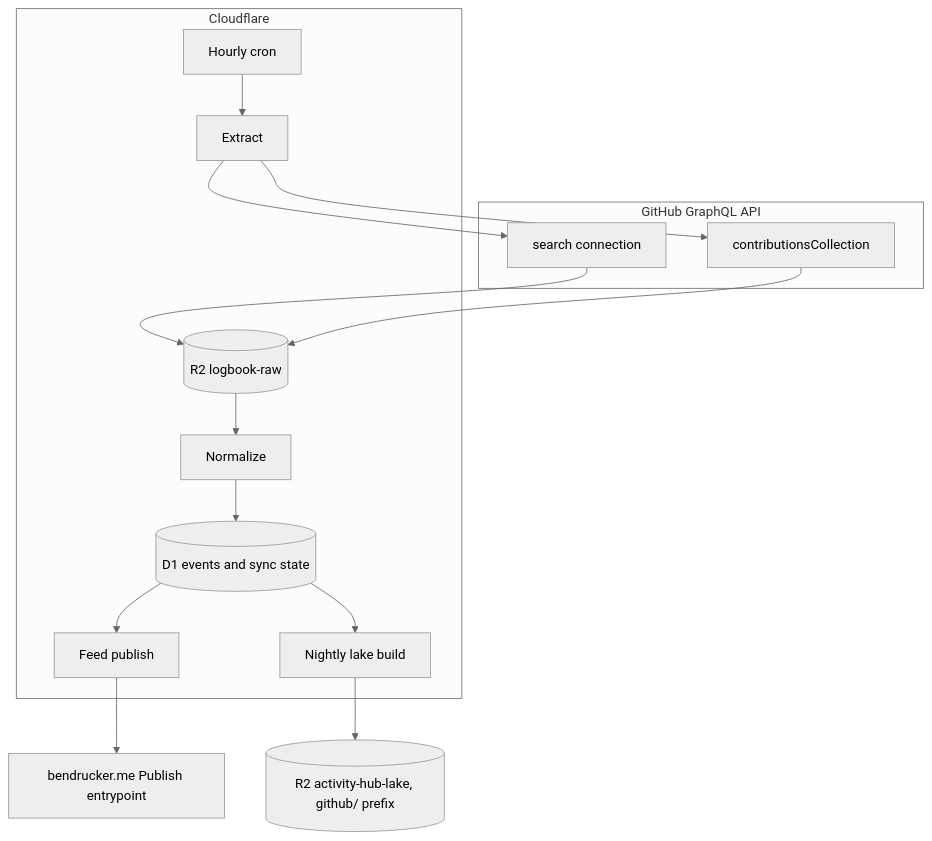
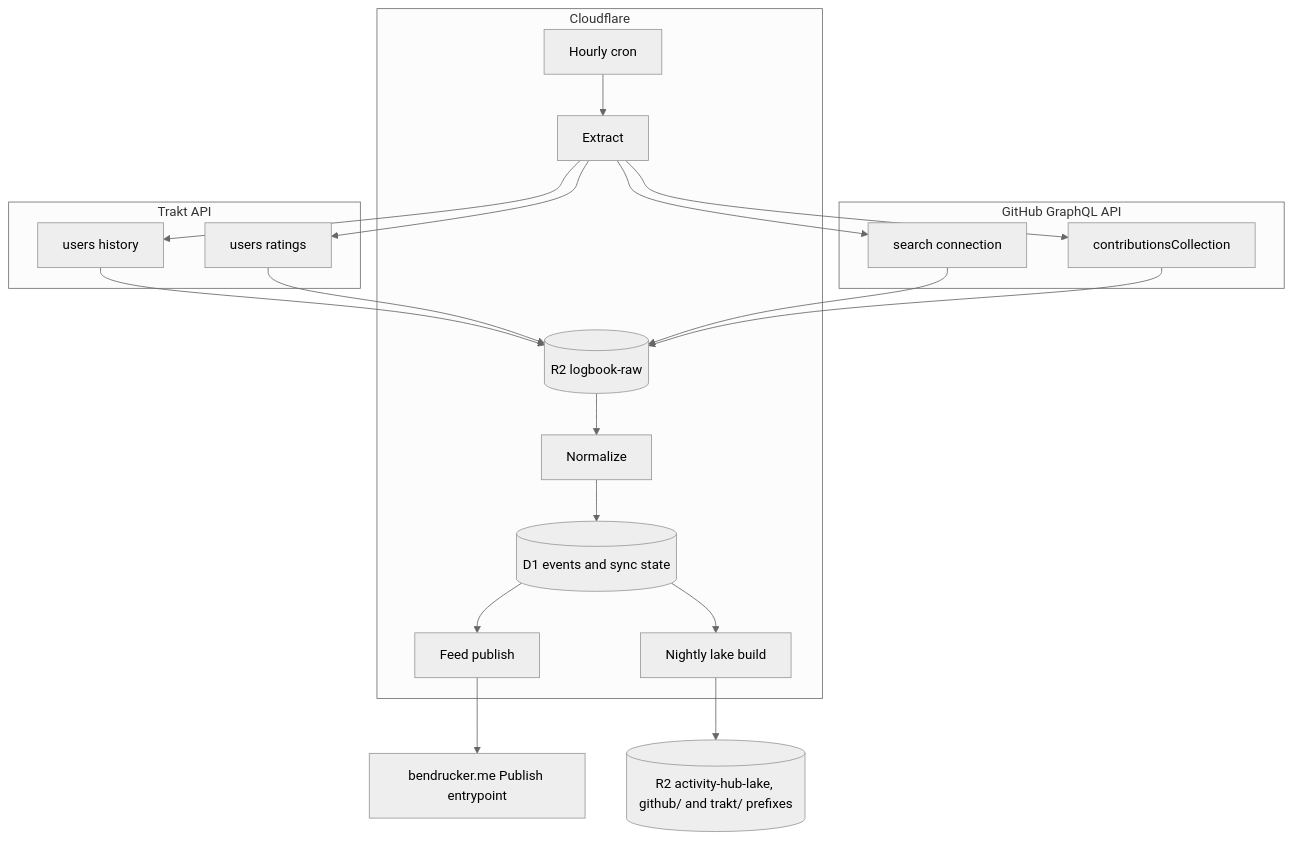
Before and after one commit to bendrucker/logbook: the diagram in docs/design.md, drawn with Mermaid (neutral theme). The commit also changed other lines of this file and 49 other files, not shown here.

````diff
--- a/docs/design.md
+++ b/docs/design.md
@@ -27,29 +27,38 @@
 ```mermaid
 flowchart TB
     subgraph gh [GitHub GraphQL API]
         search[search connection]
         contrib[contributionsCollection]
+    end
+
+    subgraph trakt [Trakt API]
+        history[users history]
+        ratings[users ratings]
     end
 
     subgraph cf [Cloudflare]
         cron[Hourly cron]
         extract[Extract]
         normalize[Normalize]
         raw[(R2 logbook-raw)]
         d1[(D1 events and sync state)]
         feed[Feed publish]
         lakebuild[Nightly lake build]
     end
 
-    lake[(R2 activity-hub-lake, github/ prefix)]
+    lake[(R2 activity-hub-lake, github/ and trakt/ prefixes)]
     site[bendrucker.me Publish entrypoint]
 
     cron --> extract
     extract --> search
     extract --> contrib
+    extract --> history
+    extract --> ratings
+    history --> raw
+    ratings --> raw
     search --> raw
     contrib --> raw
     raw --> normalize --> d1
     d1 --> feed --> site
     d1 --> lakebuild --> lake
 ```
````
